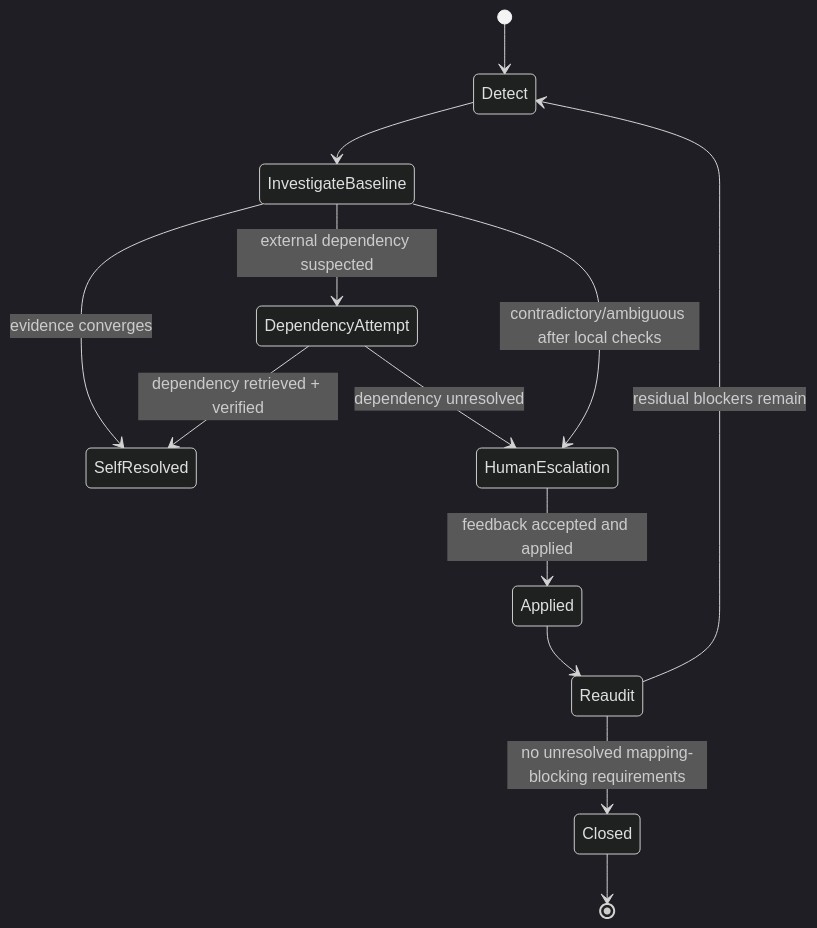
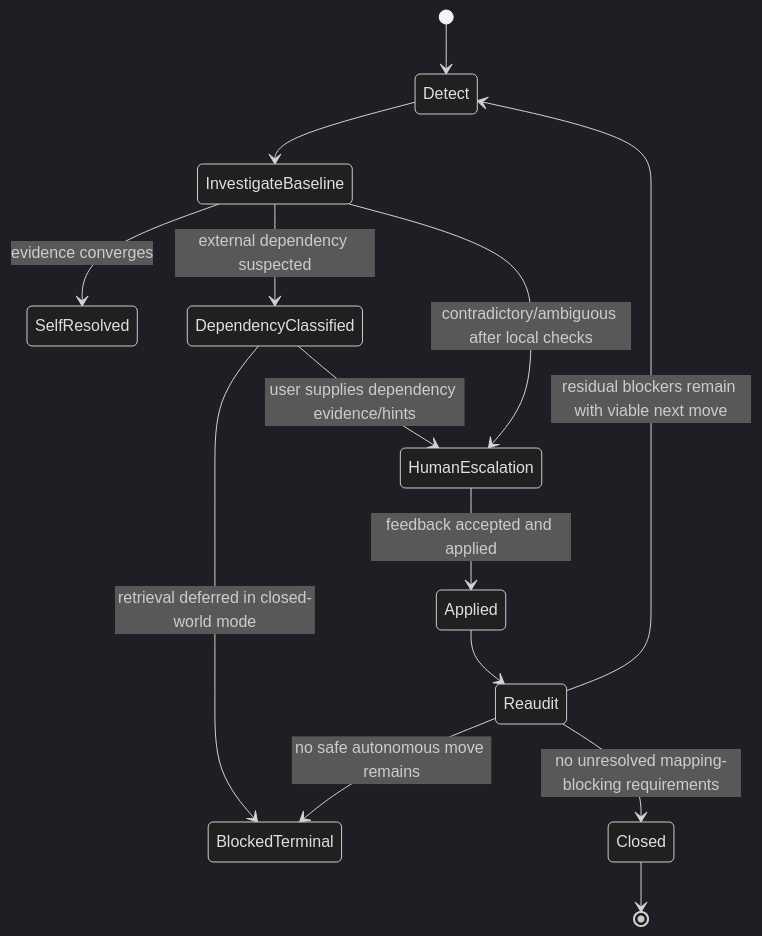
The second of 3 diagrams in docs/transcript-edit-loop-orchestration.md (bwanedead/Plattera), drawn with Mermaid (dark theme) before and after one commit. The commit also changed other lines of this file, not shown here.

Commit message:
docs: align orchestration with closed-world phase5 scope

````diff
--- a/docs/transcript-edit-loop-orchestration.md
+++ b/docs/transcript-edit-loop-orchestration.md
@@ -636,15 +636,16 @@
 ```mermaid
 stateDiagram-v2
   [*] --> Detect
   Detect --> InvestigateBaseline
   InvestigateBaseline --> SelfResolved: evidence converges
-  InvestigateBaseline --> DependencyAttempt: external dependency suspected
-  DependencyAttempt --> SelfResolved: dependency retrieved + verified
-  DependencyAttempt --> HumanEscalation: dependency unresolved
+  InvestigateBaseline --> DependencyClassified: external dependency suspected
+  DependencyClassified --> BlockedTerminal: retrieval deferred in closed-world mode
+  DependencyClassified --> HumanEscalation: user supplies dependency evidence/hints
   InvestigateBaseline --> HumanEscalation: contradictory/ambiguous after local checks
   HumanEscalation --> Applied: feedback accepted and applied
   Applied --> Reaudit
   Reaudit --> Closed: no unresolved mapping-blocking requirements
-  Reaudit --> Detect: residual blockers remain
+  Reaudit --> Detect: residual blockers remain with viable next move
+  Reaudit --> BlockedTerminal: no safe autonomous move remains
   Closed --> [*]
 ```
````
